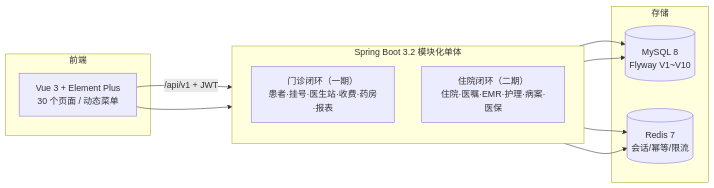
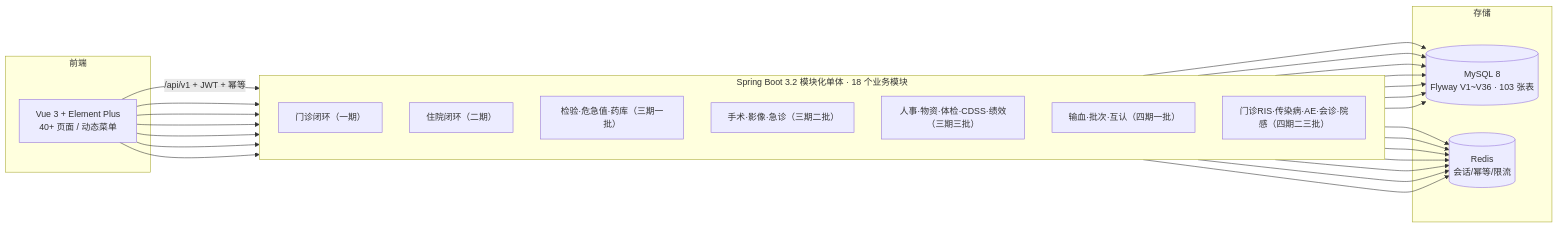
The diagram in README.md (shushi2369/hospital-information-system), drawn with Mermaid before and after one commit. The commit also changed other lines of this file and 1 other file, not shown here.

First line of the commit message:
docs+ci: README 更新至四期全量 + CI 流水线升级（MySQL/Redis 服务+一致性巡检）

````diff
--- a/README.md
+++ b/README.md
@@ -7,19 +7,23 @@
 ```mermaid
 graph LR
     subgraph 前端
-        W["Vue 3 + Element Plus<br/>30 个页面 / 动态菜单"]
+        W["Vue 3 + Element Plus<br/>40+ 页面 / 动态菜单"]
     end
-    subgraph 后端["Spring Boot 3.2 模块化单体"]
+    subgraph 后端["Spring Boot 3.2 模块化单体 · 18 个业务模块"]
         direction TB
-        A["门诊闭环（一期）<br/>患者·挂号·医生站·收费·药房·报表"]
-        B["住院闭环（二期）<br/>住院·医嘱·EMR·护理·病案·医保"]
+        A["门诊闭环（一期）"]
+        B["住院闭环（二期）"]
+        C["检验·危急值·药库（三期一批）"]
+        D["手术·影像·急诊（三期二批）"]
+        E["人事·物资·体检·CDSS·绩效（三期三批）"]
+        F["输血·批次·互认（四期一批）"]
+        G["门诊RIS·传染病·AE·会诊·院感（四期二三批）"]
     end
     subgraph 存储
-        D[("MySQL 8<br/>Flyway V1~V10")]
-        R[("Redis 7<br/>会话/幂等/限流")]
+        D2[("MySQL 8<br/>Flyway V1~V36 · 103 张表")]
+        R[("Redis<br/>会话/幂等/限流")]
     end
-    W -->|"/api/v1 + JWT"| A
-    W --> B
-    A --> D & R
-    B --> D & R
+    W -->|"/api/v1 + JWT + 幂等"| A
+    W --> B & C & D & E & F & G
+    A & B & C & D & E & F & G --> D2 & R
 ```
````
